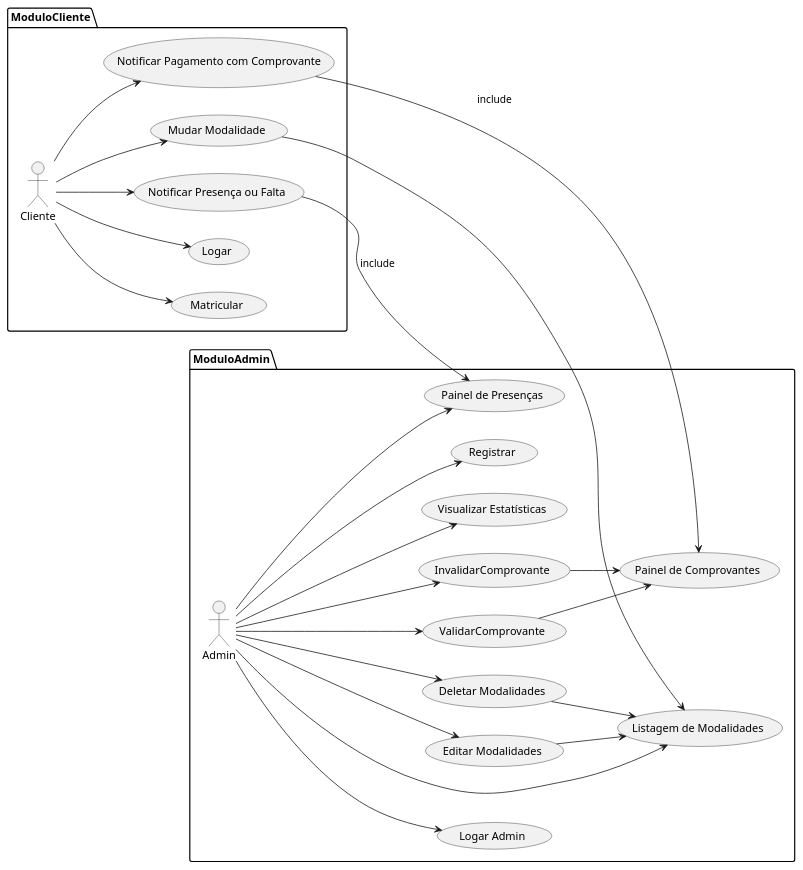
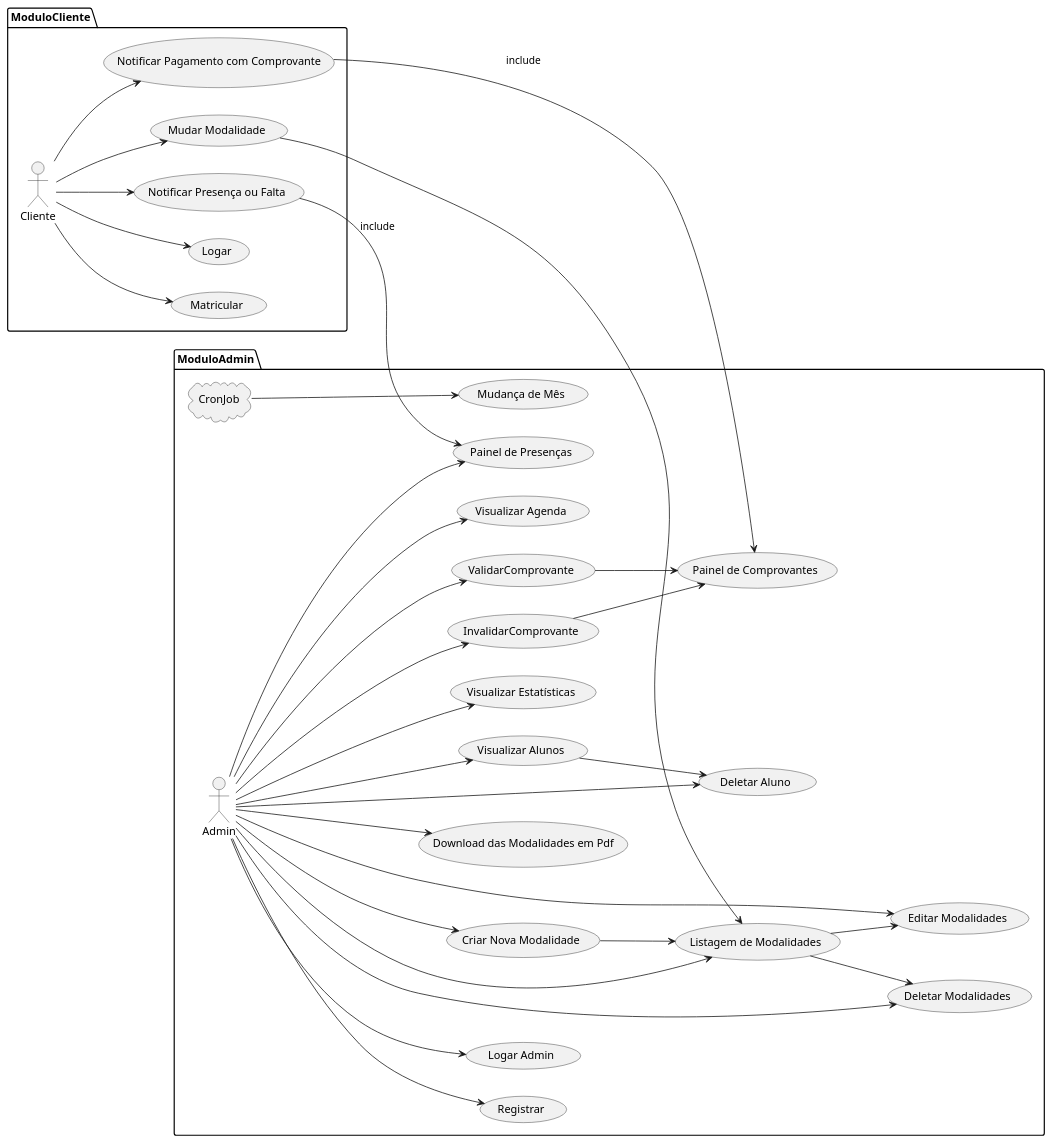
Before and after one commit to thlanza/PlantUML: the diagram in uml/useCase.puml, drawn with PlantUML. The commit also changed 1 other file, not shown here.

Commit message:
últimas mudanças no usecase

```diff
--- a/uml/useCase.puml
+++ b/uml/useCase.puml
@@ -1,49 +1,64 @@
 @startuml Casos de Uso
 
 left to right direction
 'top to bottom direction
 
 package ModuloCliente as mc {
   actor Cliente as cl
   usecase "Matricular" as Matricular
   usecase "Logar" as Logar
   usecase "Mudar Modalidade" as MudarModalidade
   usecase "Notificar Presença ou Falta" as NotificarPresenca
   usecase "Notificar Pagamento com Comprovante" as NotificarPagamento
 }
 package ModuloAdmin as ma {
+  cloud CronJob as cron
   actor Admin as ad  
+  usecase "Mudança de Mês" as MudancaMes
   usecase "Registrar" as Registrar
   usecase "Logar Admin" as LogarAdmin
   usecase "Painel de Presenças" as PainelPresencas
   usecase "Painel de Comprovantes" as PainelComprovantes
   usecase "ValidarComprovante" as ValidarComprovante
   usecase "InvalidarComprovante" as InvalidarComprovante
+  usecase "Criar Nova Modalidade" as CriarModalidade
   usecase "Listagem de Modalidades" as ListagemModalidades
+  usecase "Download das Modalidades em Pdf" as DownloadModalidades
   usecase "Editar Modalidades" as EditarModalidades
   usecase "Deletar Modalidades" as DeletarModalidades
   usecase "Visualizar Estatísticas" as VisualizarEstatisticas
+  usecase "Visualizar Alunos" as VisualizarAlunos
+  usecase "Deletar Aluno" as DeletarAluno
+  usecase "Visualizar Agenda" as VisualizarAgenda
 }
+cron --> MudancaMes
 cl --> Matricular
 cl --> Logar
 cl --> MudarModalidade
 ad --> ListagemModalidades
 ad --> EditarModalidades
 ad --> DeletarModalidades
 ad --> VisualizarEstatisticas
 ad --> LogarAdmin
 ad --> Registrar
-DeletarModalidades --> ListagemModalidades
-EditarModalidades --> ListagemModalidades
+ad --> CriarModalidade
+ad --> DownloadModalidades
+ad --> VisualizarAlunos
+ad --> VisualizarAgenda
+VisualizarAlunos --> DeletarAluno
+ad --> DeletarAluno
+CriarModalidade --> ListagemModalidades
+ListagemModalidades --> DeletarModalidades 
+ListagemModalidades --> EditarModalidades
 MudarModalidade --> ListagemModalidades
 cl --> NotificarPresenca
 NotificarPresenca --> PainelPresencas : include
 ad --> PainelPresencas
 cl --> NotificarPagamento
 NotificarPagamento --> PainelComprovantes : include
 ad --> ValidarComprovante
 ValidarComprovante --> PainelComprovantes
 ad --> InvalidarComprovante
 InvalidarComprovante --> PainelComprovantes
 
 @enduml
```
